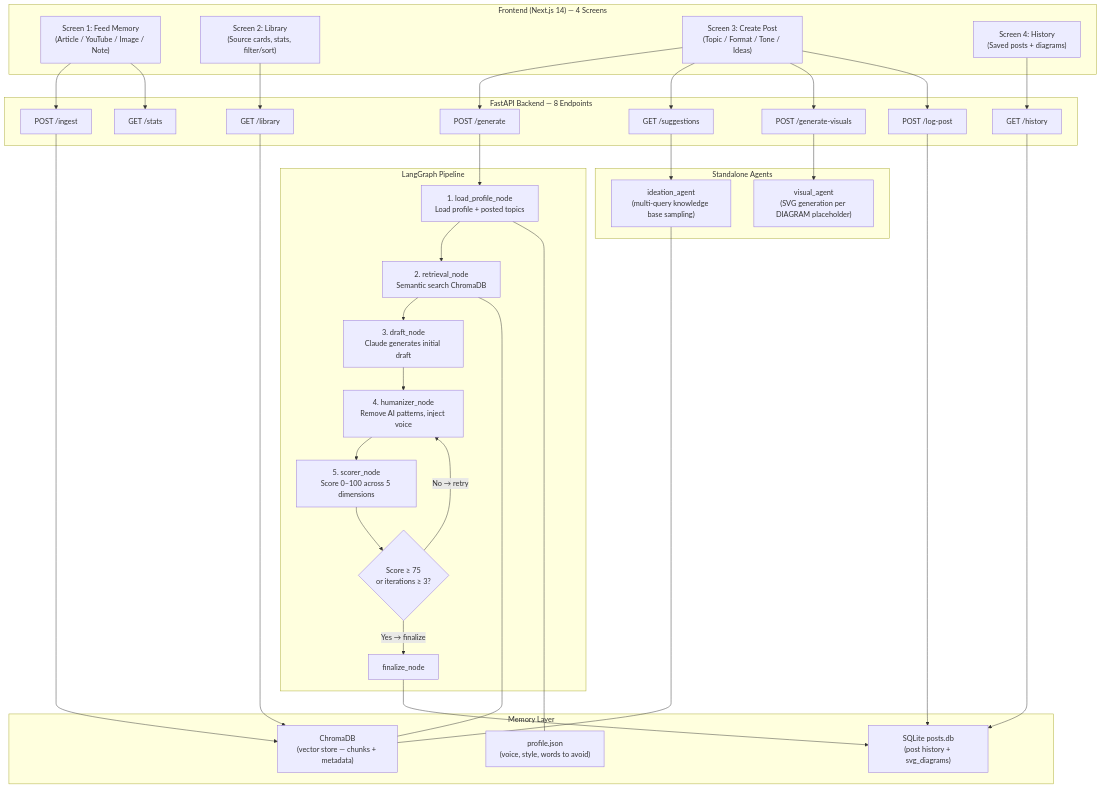
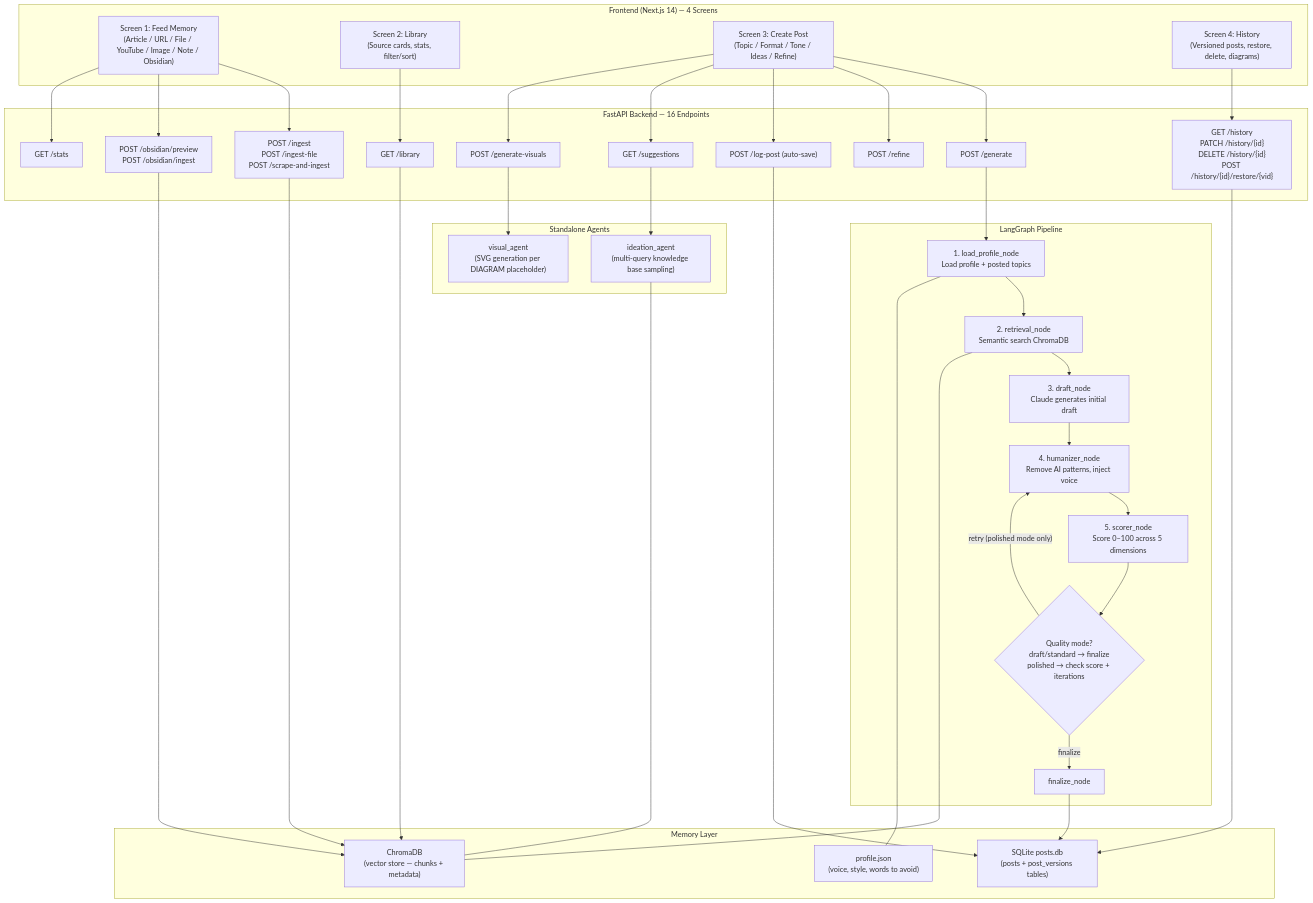
Before and after one commit to Soham112/Contendo: the diagram in README.md, drawn with Mermaid. The commit also changed other lines of this file, not shown here.

````diff
--- a/README.md
+++ b/README.md
@@ -11,71 +11,76 @@
 ```mermaid
 flowchart TD
     subgraph UI["Frontend (Next.js 14) — 4 Screens"]
-        S1["Screen 1: Feed Memory\n(Article / YouTube / Image / Note)"]
+        S1["Screen 1: Feed Memory\n(Article / URL / File / YouTube / Image / Note / Obsidian)"]
         S2["Screen 2: Library\n(Source cards, stats, filter/sort)"]
-        S3["Screen 3: Create Post\n(Topic / Format / Tone / Ideas)"]
-        S4["Screen 4: History\n(Saved posts + diagrams)"]
+        S3["Screen 3: Create Post\n(Topic / Format / Tone / Ideas / Refine)"]
+        S4["Screen 4: History\n(Versioned posts, restore, delete, diagrams)"]
     end
 
-    subgraph API["FastAPI Backend — 8 Endpoints"]
-        R1["POST /ingest"]
+    subgraph API["FastAPI Backend — 16 Endpoints"]
+        R1["POST /ingest\nPOST /ingest-file\nPOST /scrape-and-ingest"]
+        R1b["POST /obsidian/preview\nPOST /obsidian/ingest"]
         R2["POST /generate"]
-        R3["POST /log-post"]
-        R4["GET /history"]
+        R2b["POST /refine"]
+        R3["POST /log-post (auto-save)"]
+        R4["GET /history\nPATCH /history/{id}\nDELETE /history/{id}\nPOST /history/{id}/restore/{vid}"]
         R5["GET /library"]
         R6["GET /suggestions"]
         R7["POST /generate-visuals"]
         R8["GET /stats"]
     end
 
     subgraph Pipeline["LangGraph Pipeline"]
         N1["1. load_profile_node\nLoad profile + posted topics"]
         N2["2. retrieval_node\nSemantic search ChromaDB"]
         N3["3. draft_node\nClaude generates initial draft"]
         N4["4. humanizer_node\nRemove AI patterns, inject voice"]
         N5["5. scorer_node\nScore 0–100 across 5 dimensions"]
-        N6{"Score ≥ 75\nor iterations ≥ 3?"}
+        N6{"Quality mode?\ndraft/standard → finalize\npolished → check score + iterations"}
         N7["finalize_node"]
     end
 
     subgraph Agents["Standalone Agents"]
         A1["visual_agent\n(SVG generation per DIAGRAM placeholder)"]
         A2["ideation_agent\n(multi-query knowledge base sampling)"]
     end
 
     subgraph Memory["Memory Layer"]
         DB1["ChromaDB\n(vector store — chunks + metadata)"]
         DB2["profile.json\n(voice, style, words to avoid)"]
-        DB3["SQLite posts.db\n(post history + svg_diagrams)"]
+        DB3["SQLite posts.db\n(posts + post_versions tables)"]
     end
 
     S1 --> R1
+    S1 --> R1b
     S1 --> R8
     S2 --> R5
     S3 --> R2
+    S3 --> R2b
+    S3 --> R3
     S3 --> R6
     S3 --> R7
-    S3 --> R3
     S4 --> R4
 
     R1 --> DB1
+    R1b --> DB1
     R2 --> N1
     R3 --> DB3
     R4 --> DB3
     R5 --> DB1
     R6 --> A2
     R7 --> A1
 
     N1 --> N2
     N2 --> N3
     N3 --> N4
     N4 --> N5
     N5 --> N6
-    N6 -->|"Yes → finalize"| N7
-    N6 -->|"No → retry"| N4
+    N6 -->|"finalize"| N7
+    N6 -->|"retry (polished mode only)"| N4
     N7 --> DB3
 
     N1 --- DB2
     N2 --- DB1
     A2 --- DB1
 ```
````
